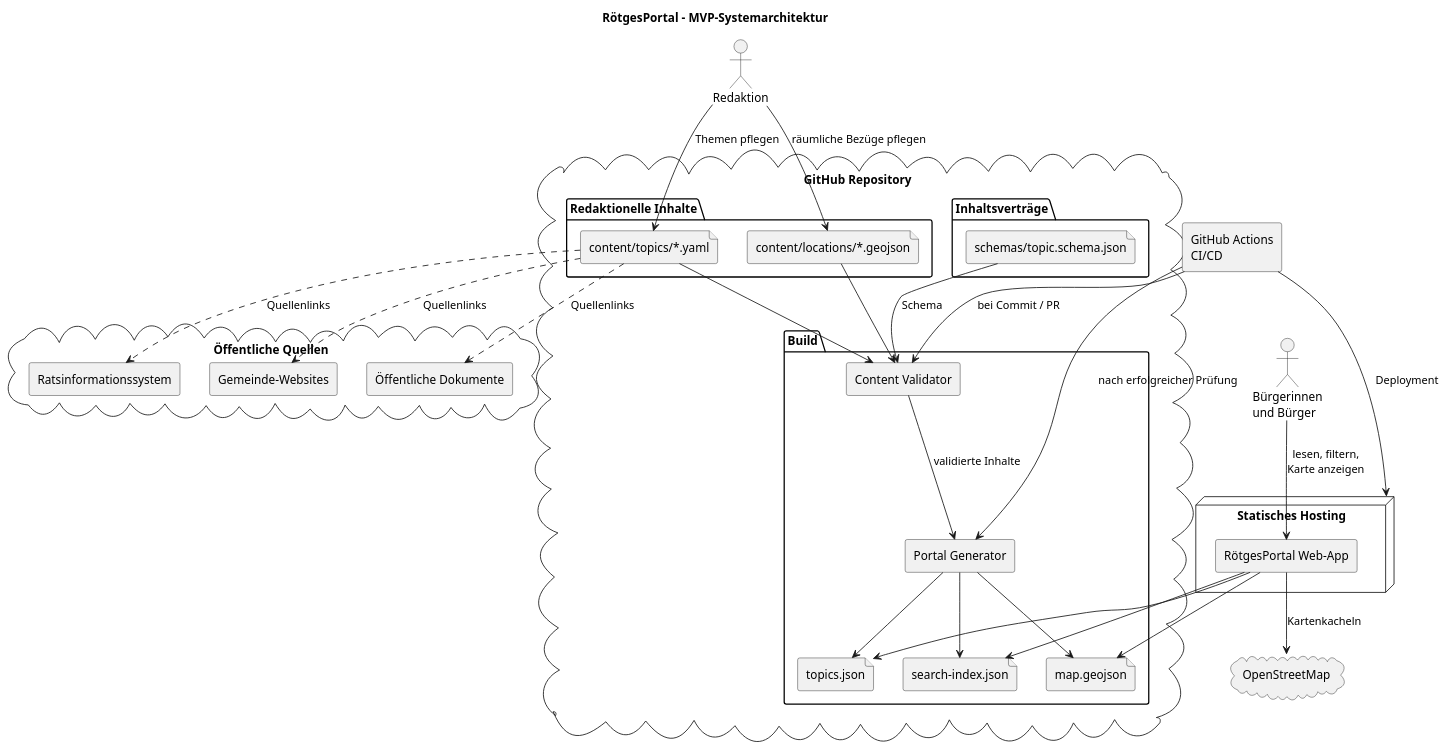
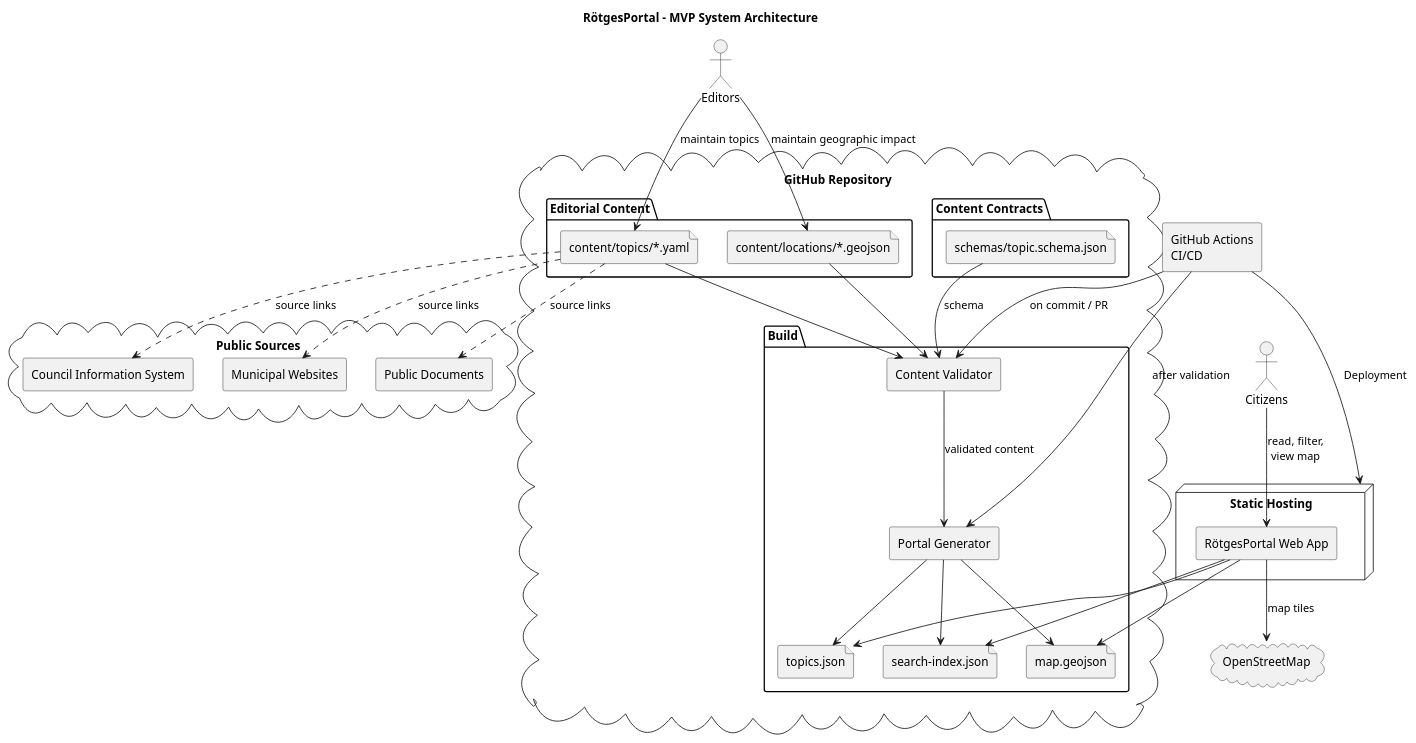
Before and after one commit to codeWithDEI/RoetgesPortal: the diagram in docs/architecture/system-architecture.puml, drawn with PlantUML. The commit also changed 6 other files, not shown here.

```diff
--- a/docs/architecture/system-architecture.puml
+++ b/docs/architecture/system-architecture.puml
@@ -1,67 +1,67 @@
 @startuml
-title RötgesPortal – MVP-Systemarchitektur
+title RötgesPortal – MVP System Architecture
 
 skinparam componentStyle rectangle
 skinparam shadowing false
 
-actor "Redaktion" as Editor
-actor "Bürgerinnen\nund Bürger" as Citizen
+actor "Editors" as Editor
+actor "Citizens" as Citizen
 
 cloud "GitHub Repository" {
-  folder "Redaktionelle Inhalte" {
+  folder "Editorial Content" {
     file "content/topics/*.yaml" as Topics
     file "content/locations/*.geojson" as Locations
   }
 
-  folder "Inhaltsverträge" {
+  folder "Content Contracts" {
     file "schemas/topic.schema.json" as TopicSchema
   }
 
   folder "Build" {
     component "Content Validator" as Validator
     component "Portal Generator" as Generator
     file "topics.json" as TopicsJson
     file "map.geojson" as MapGeoJson
     file "search-index.json" as SearchIndex
   }
 }
 
 component "GitHub Actions\nCI/CD" as Pipeline
 
-node "Statisches Hosting" as Hosting {
-  component "RötgesPortal Web-App" as Portal
+node "Static Hosting" as Hosting {
+  component "RötgesPortal Web App" as Portal
 }
 
 cloud "OpenStreetMap" as OSM
-cloud "Öffentliche Quellen" as Sources {
-  component "Ratsinformationssystem" as RIS
-  component "Gemeinde-Websites" as Municipality
-  component "Öffentliche Dokumente" as Documents
+cloud "Public Sources" as Sources {
+  component "Council Information System" as RIS
+  component "Municipal Websites" as Municipality
+  component "Public Documents" as Documents
 }
 
-Editor --> Topics : Themen pflegen
-Editor --> Locations : räumliche Bezüge pflegen
+Editor --> Topics : maintain topics
+Editor --> Locations : maintain geographic impact
 
 Topics --> Validator
 Locations --> Validator
-TopicSchema --> Validator : Schema
-Validator --> Generator : validierte Inhalte
+TopicSchema --> Validator : schema
+Validator --> Generator : validated content
 Generator --> TopicsJson
 Generator --> MapGeoJson
 Generator --> SearchIndex
 
-Pipeline --> Validator : bei Commit / PR
-Pipeline --> Generator : nach erfolgreicher Prüfung
+Pipeline --> Validator : on commit / PR
+Pipeline --> Generator : after validation
 Pipeline --> Hosting : Deployment
 
-Citizen --> Portal : lesen, filtern,\nKarte anzeigen
+Citizen --> Portal : read, filter,\nview map
 Portal --> TopicsJson
 Portal --> MapGeoJson
 Portal --> SearchIndex
-Portal --> OSM : Kartenkacheln
+Portal --> OSM : map tiles
 
-Topics ..> RIS : Quellenlinks
-Topics ..> Municipality : Quellenlinks
-Topics ..> Documents : Quellenlinks
+Topics ..> RIS : source links
+Topics ..> Municipality : source links
+Topics ..> Documents : source links
 
 @enduml
```
